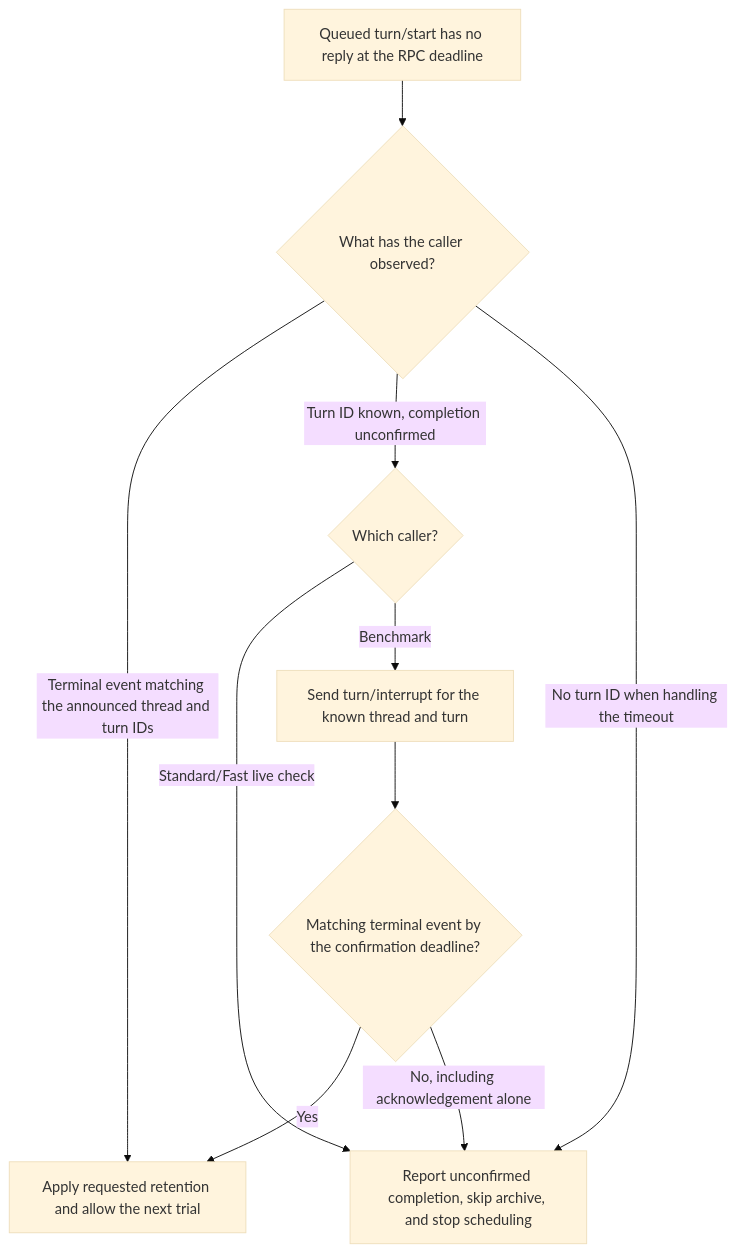
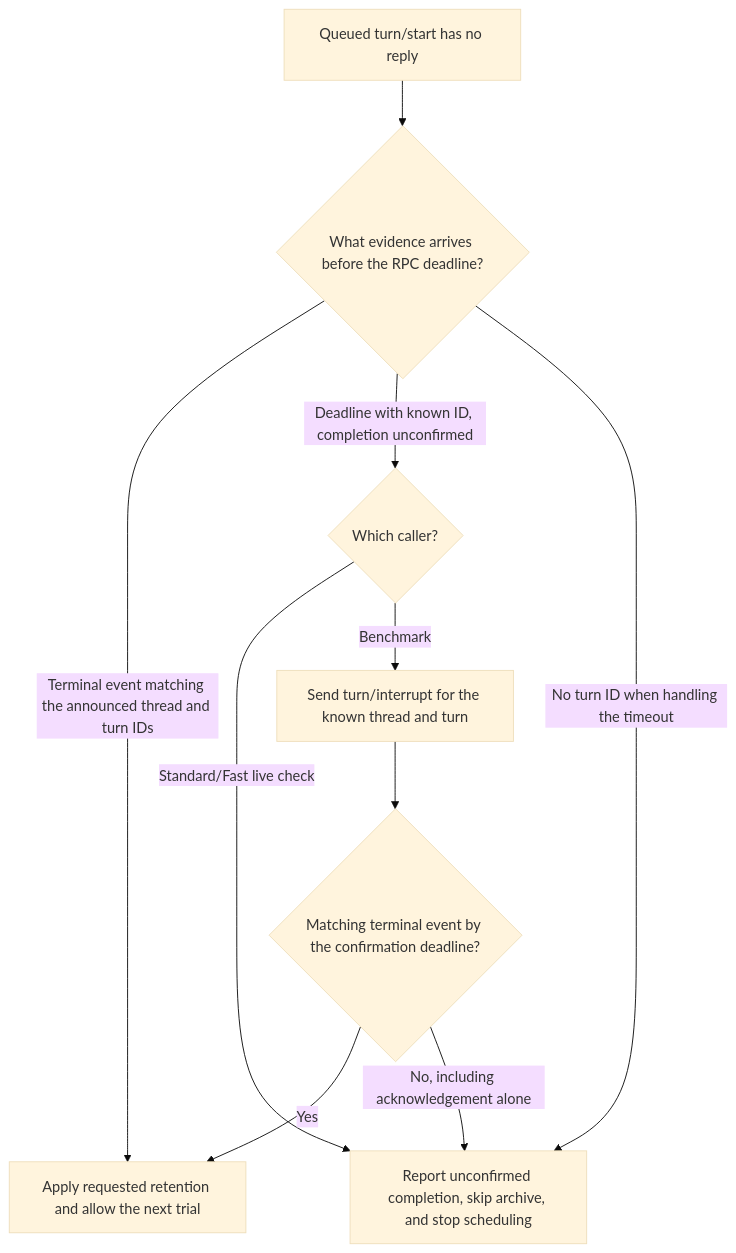
The fourth of 6 diagrams in docs/researches/research-2026-11-19-codex-turn-reporting-and-process-shutdown.md (dev-pi2pie/cdx-chores), drawn with Mermaid (base theme) before and after one commit. The commit also changed other lines of this file and 2 other files, not shown here.

Commit message:
docs(codex-bench): record Phase 2 turn recovery

````diff
--- a/docs/researches/research-2026-11-19-codex-turn-reporting-and-process-shutdown.md
+++ b/docs/researches/research-2026-11-19-codex-turn-reporting-and-process-shutdown.md
@@ -81,12 +81,12 @@
 ```mermaid
 flowchart TD
-    timeout["Queued turn/start has no reply at the RPC deadline"] --> evidence{"What has the caller observed?"}
+    timeout["Queued turn/start has no reply"] --> evidence{"What evidence arrives before the RPC deadline?"}
     evidence -->|Terminal event matching the announced thread and turn IDs| eligible["Apply requested retention and allow the next trial"]
-    evidence -->|Turn ID known, completion unconfirmed| caller{"Which caller?"}
+    evidence -->|Deadline with known ID, completion unconfirmed| caller{"Which caller?"}
     evidence -->|No turn ID when handling the timeout| stop["Report unconfirmed completion, skip archive, and stop scheduling"]
     caller -->|Standard/Fast live check| stop
     caller -->|Benchmark| interrupt["Send turn/interrupt for the known thread and turn"]
     interrupt --> confirmed{"Matching terminal event by the confirmation deadline?"}
     confirmed -->|Yes| eligible
     confirmed -->|No, including acknowledgement alone| stop
 ```
````
